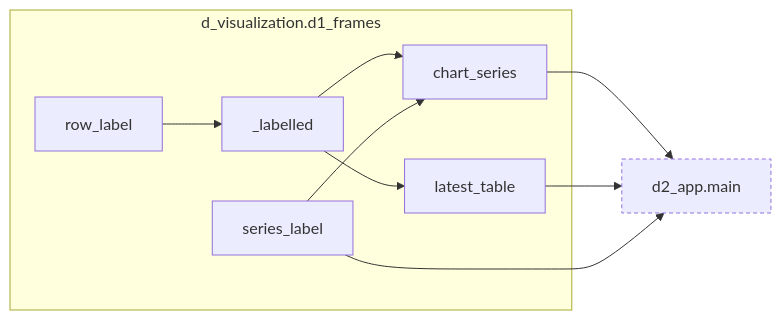
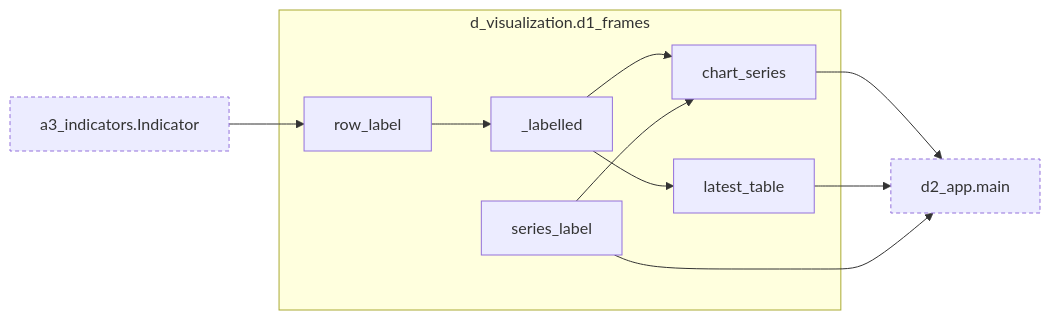
Diagram 14 of 15 in docs/architecture.md (bsawyerg15/MacroScan), drawn with Mermaid before and after one commit. The commit also changed other lines of this file and 19 other files, not shown here.

````diff
--- a/docs/architecture.md
+++ b/docs/architecture.md
@@ -900,25 +986,28 @@
 ```mermaid
 flowchart LR
   subgraph this["d_visualization.d1_frames"]
     n_d_visualization_d1_frames__labelled["_labelled"]
     n_d_visualization_d1_frames_chart_series["chart_series"]
     n_d_visualization_d1_frames_latest_table["latest_table"]
     n_d_visualization_d1_frames_row_label["row_label"]
     n_d_visualization_d1_frames_series_label["series_label"]
   end
+  n_a_core_a3_indicators_Indicator["a3_indicators.Indicator"]:::ext
   n_d_visualization_d2_app_main["d2_app.main"]:::ext
   n_d_visualization_d1_frames_row_label --> n_d_visualization_d1_frames__labelled
   n_d_visualization_d1_frames__labelled --> n_d_visualization_d1_frames_chart_series
   n_d_visualization_d1_frames_series_label --> n_d_visualization_d1_frames_chart_series
   n_d_visualization_d1_frames__labelled --> n_d_visualization_d1_frames_latest_table
+  n_a_core_a3_indicators_Indicator --> n_d_visualization_d1_frames_row_label
   n_d_visualization_d1_frames_chart_series --> n_d_visualization_d2_app_main
   n_d_visualization_d1_frames_latest_table --> n_d_visualization_d2_app_main
   n_d_visualization_d1_frames_series_label --> n_d_visualization_d2_app_main
+  click n_a_core_a3_indicators_Indicator href "#cls-Indicator"
   click n_d_visualization_d1_frames__labelled href "#fn-d_visualization-d1_frames-_labelled"
   click n_d_visualization_d1_frames_chart_series href "#fn-d_visualization-d1_frames-chart_series"
   click n_d_visualization_d1_frames_latest_table href "#fn-d_visualization-d1_frames-latest_table"
   click n_d_visualization_d1_frames_row_label href "#fn-d_visualization-d1_frames-row_label"
   click n_d_visualization_d1_frames_series_label href "#fn-d_visualization-d1_frames-series_label"
   click n_d_visualization_d2_app_main href "#fn-d_visualization-d2_app-main"
   classDef ext stroke-dasharray: 4 3
 ```
````
